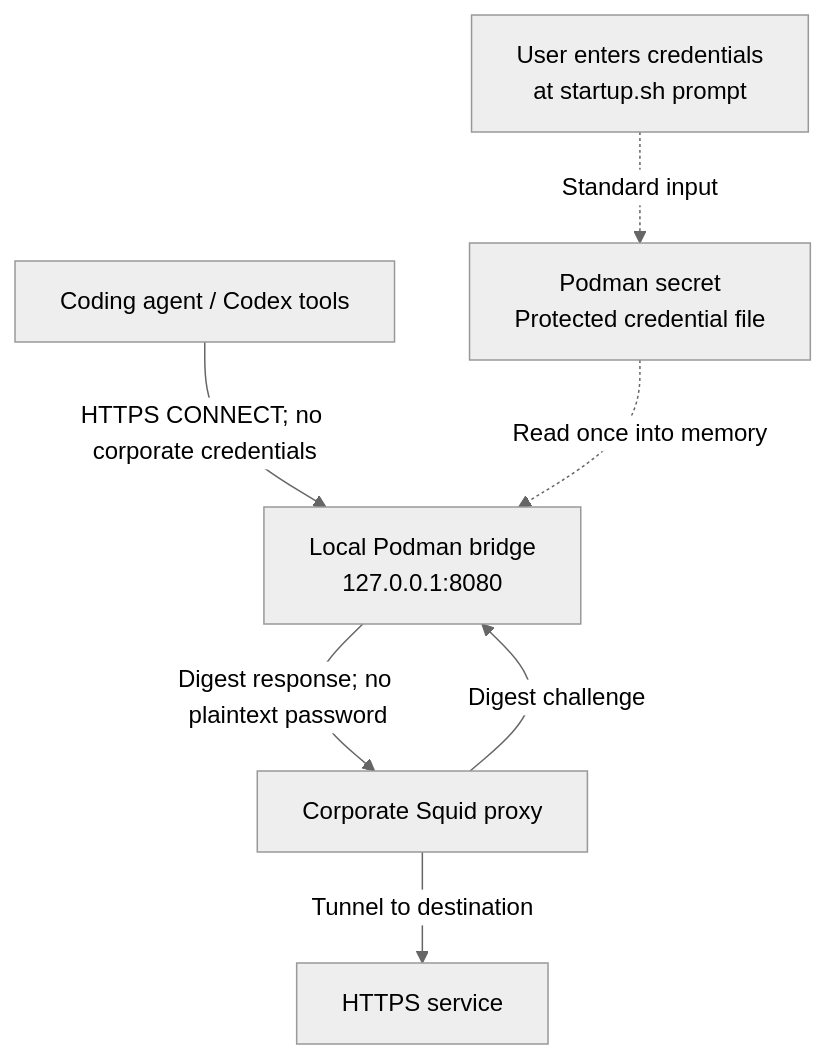
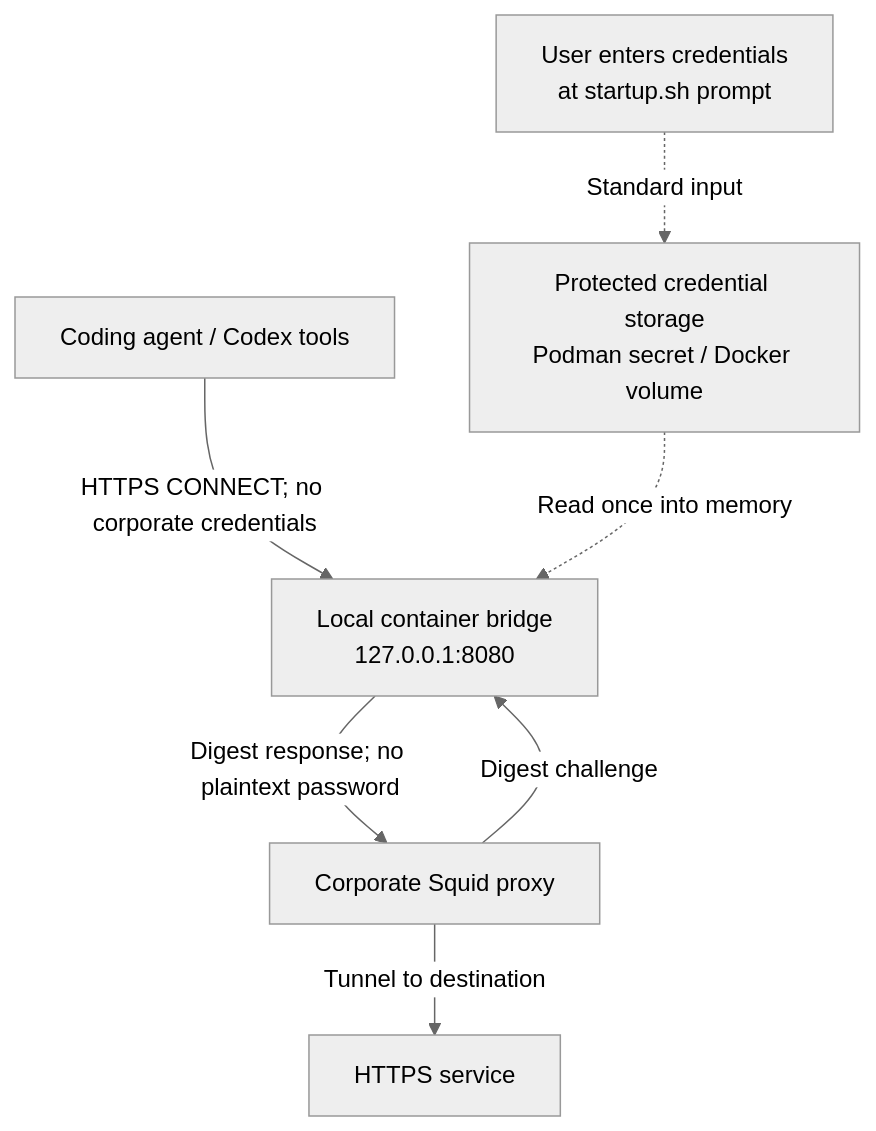
The diagram in README.md (stevenwongtheorigo/podman-squid-digest-bridge), drawn with Mermaid (neutral theme) before and after one commit. The commit also changed other lines of this file and 9 other files, not shown here.

````diff
--- a/README.md
+++ b/README.md
@@ -9,16 +9,16 @@
 ```mermaid
 flowchart TD
     agent["Coding agent / Codex tools"]
-    bridge["Local Podman bridge<br/>127.0.0.1:8080"]
+    bridge["Local container bridge<br/>127.0.0.1:8080"]
     corporate["Corporate Squid proxy"]
     destination["HTTPS service"]
     user["User enters credentials<br/>at startup.sh prompt"]
-    secret["Podman secret<br/>Protected credential file"]
+    secret["Protected credential storage<br/>Podman secret / Docker volume"]
 
     agent -->|"HTTPS CONNECT; no corporate credentials"| bridge
     corporate -->|"Digest challenge"| bridge
     bridge -->|"Digest response; no plaintext password"| corporate
     corporate -->|"Tunnel to destination"| destination
     user -.->|"Standard input"| secret
     secret -.->|"Read once into memory"| bridge
 ```
````
